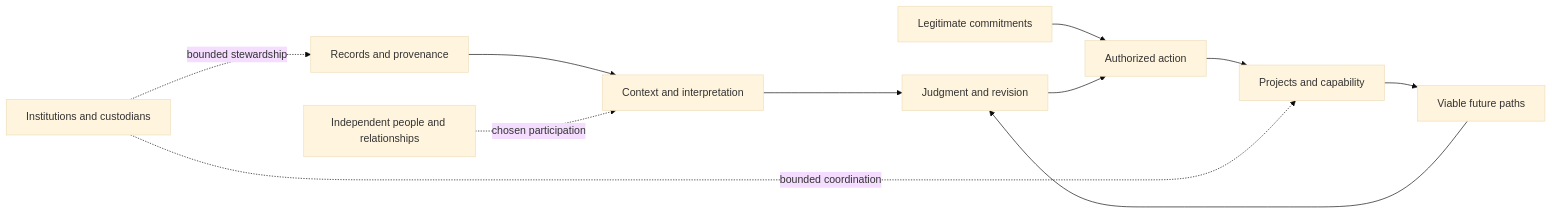
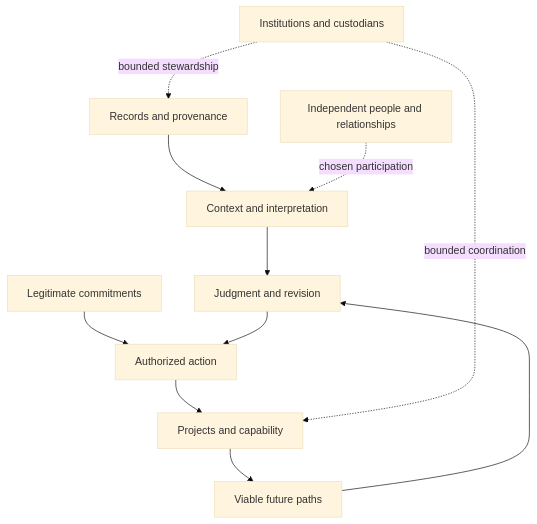
The diagram in ATLAS.md (andydrewie/make-death-an-option), drawn with Mermaid (base theme) before and after one commit.

Commit message:
docs: make continuity and contribution diagrams readable

````diff
--- a/ATLAS.md
+++ b/ATLAS.md
@@ -89,13 +89,13 @@
 ```mermaid
-flowchart LR
+flowchart TD
     R[Records and provenance] --> C[Context and interpretation]
     C --> J[Judgment and revision]
     M[Legitimate commitments] --> A[Authorized action]
     J --> A
     A --> P[Projects and capability]
     P --> F[Viable future paths]
     H[Independent people and relationships] -. chosen participation .-> C
     I[Institutions and custodians] -. bounded stewardship .-> R
     I -. bounded coordination .-> P
     F --> J
 ```
````
